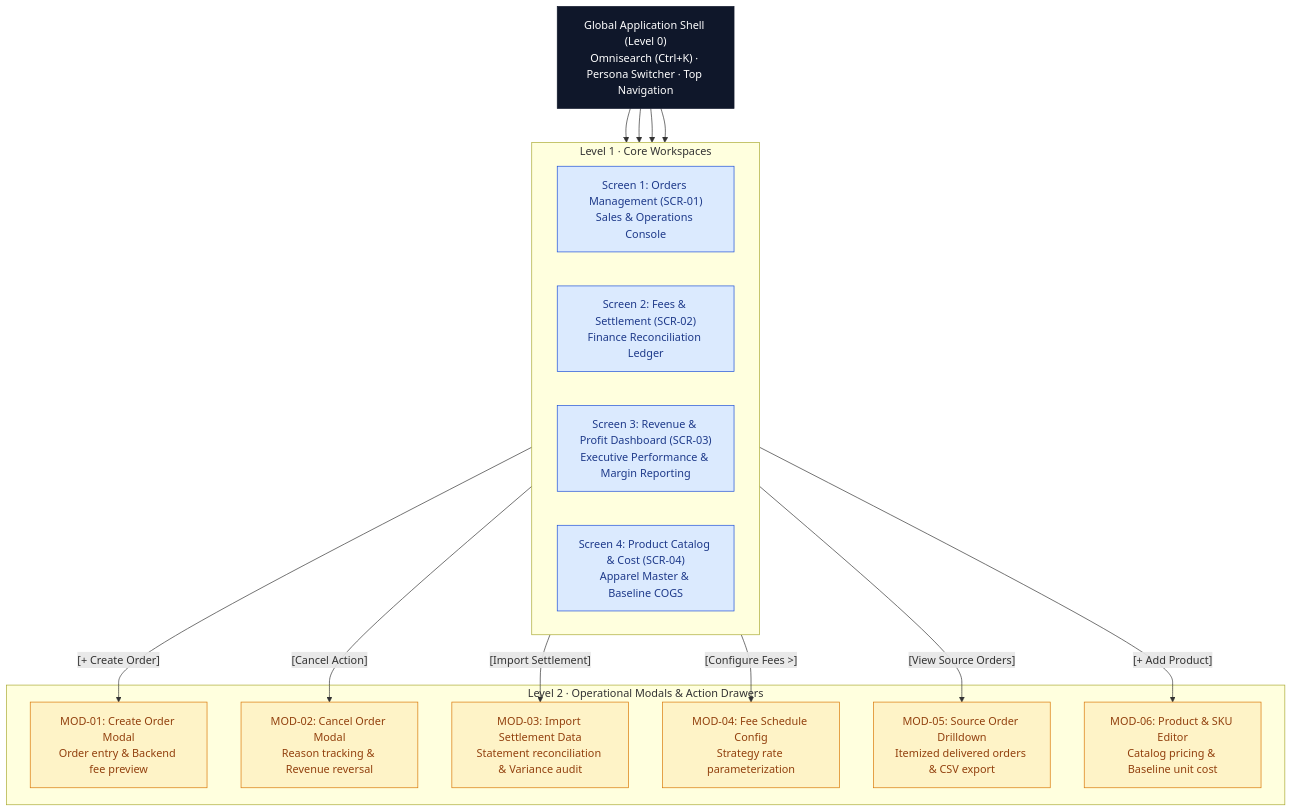
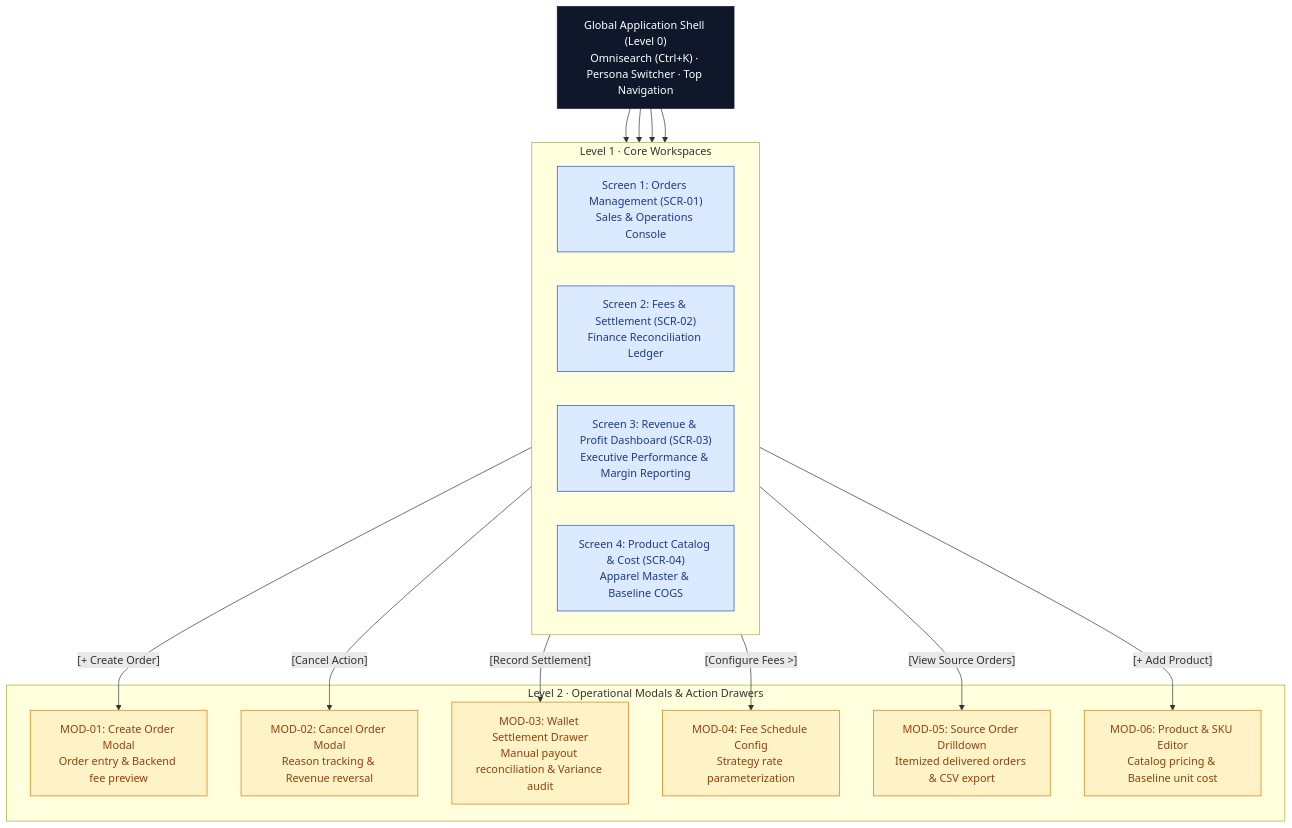
Before and after one commit to duchoa0405/Quanly_DoanhThu_LoiNhuan_DangDucHoa_VSF: the diagram in docs/uiux_specifications.md, drawn with Mermaid. The commit also changed other lines of this file and 3 other files, not shown here.

Commit message:
docs: synchronize UI settlement flow and P05 discrepancy terminology

````diff
--- a/docs/uiux_specifications.md
+++ b/docs/uiux_specifications.md
@@ -137,40 +137,40 @@
 ```mermaid
 flowchart TB
     Shell["Global Application Shell (Level 0)<br/>Omnisearch (Ctrl+K) · Persona Switcher · Top Navigation"]
 
     subgraph Screens["Level 1 · Core Workspaces"]
         direction LR
         SCR01["Screen 1: Orders Management (SCR-01)<br/>Sales & Operations Console"]
         SCR02["Screen 2: Fees & Settlement (SCR-02)<br/>Finance Reconciliation Ledger"]
         SCR03["Screen 3: Revenue & Profit Dashboard (SCR-03)<br/>Executive Performance & Margin Reporting"]
         SCR04["Screen 4: Product Catalog & Cost (SCR-04)<br/>Apparel Master & Baseline COGS"]
     end
 
     subgraph Modals["Level 2 · Operational Modals & Action Drawers"]
         MOD01["MOD-01: Create Order Modal<br/>Order entry & Backend fee preview"]
         MOD02["MOD-02: Cancel Order Modal<br/>Reason tracking & Revenue reversal"]
-        MOD03["MOD-03: Import Settlement Data<br/>Statement reconciliation & Variance audit"]
+        MOD03["MOD-03: Wallet Settlement Drawer<br/>Manual payout reconciliation & Variance audit"]
         MOD04["MOD-04: Fee Schedule Config<br/>Strategy rate parameterization"]
         MOD05["MOD-05: Source Order Drilldown<br/>Itemized delivered orders & CSV export"]
         MOD06["MOD-06: Product & SKU Editor<br/>Catalog pricing & Baseline unit cost"]
     end
 
     Shell --> SCR01
     Shell --> SCR02
     Shell --> SCR03
     Shell --> SCR04
 
     SCR01 -->|"[+ Create Order]"| MOD01
     SCR01 -->|"[Cancel Action]"| MOD02
-    SCR02 -->|"[Import Settlement]"| MOD03
+    SCR02 -->|"[Record Settlement]"| MOD03
     SCR02 -->|"[Configure Fees >]"| MOD04
     SCR03 -->|"[View Source Orders]"| MOD05
     SCR04 -->|"[+ Add Product]"| MOD06
 
     classDef shell fill:#0f172a,stroke:#0f172a,color:#ffffff
     classDef scr fill:#dbeafe,stroke:#1d4ed8,color:#1e3a8a
     classDef mod fill:#fef3c7,stroke:#d97706,color:#92400e
     class Shell shell
     class SCR01,SCR02,SCR03,SCR04 scr
     class MOD01,MOD02,MOD03,MOD04,MOD05,MOD06 mod
 ```
````
